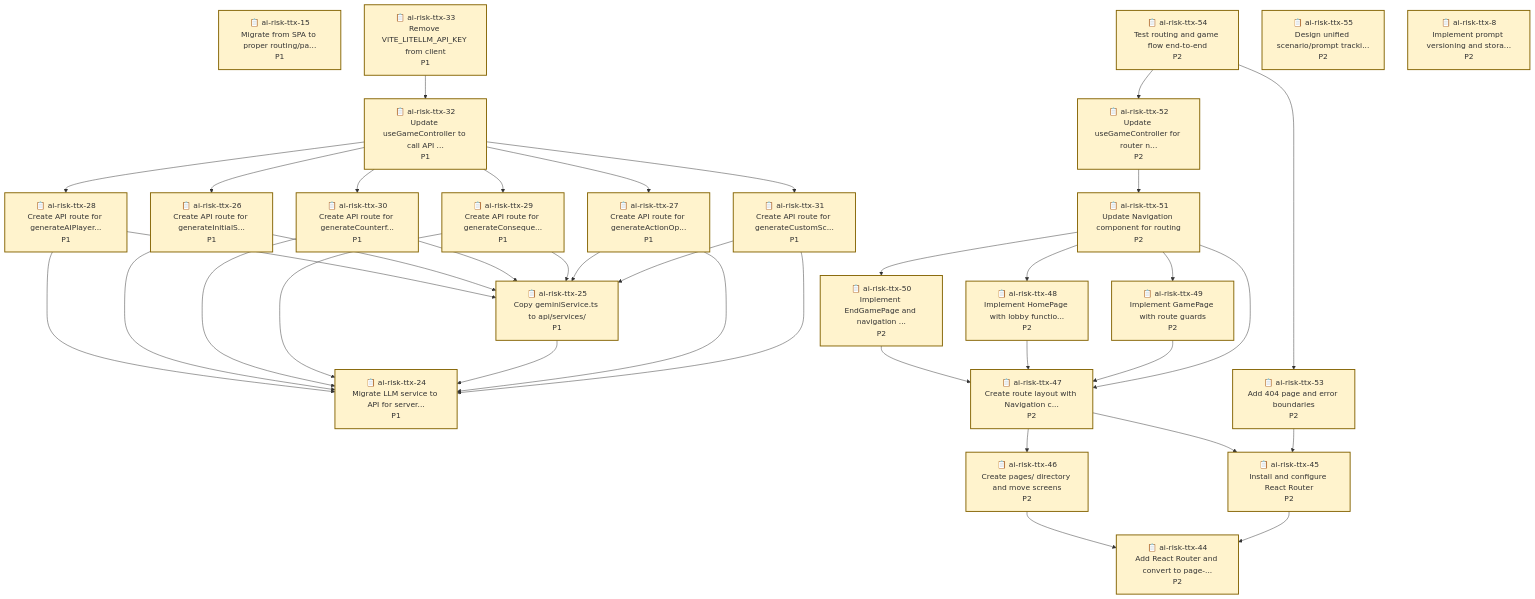
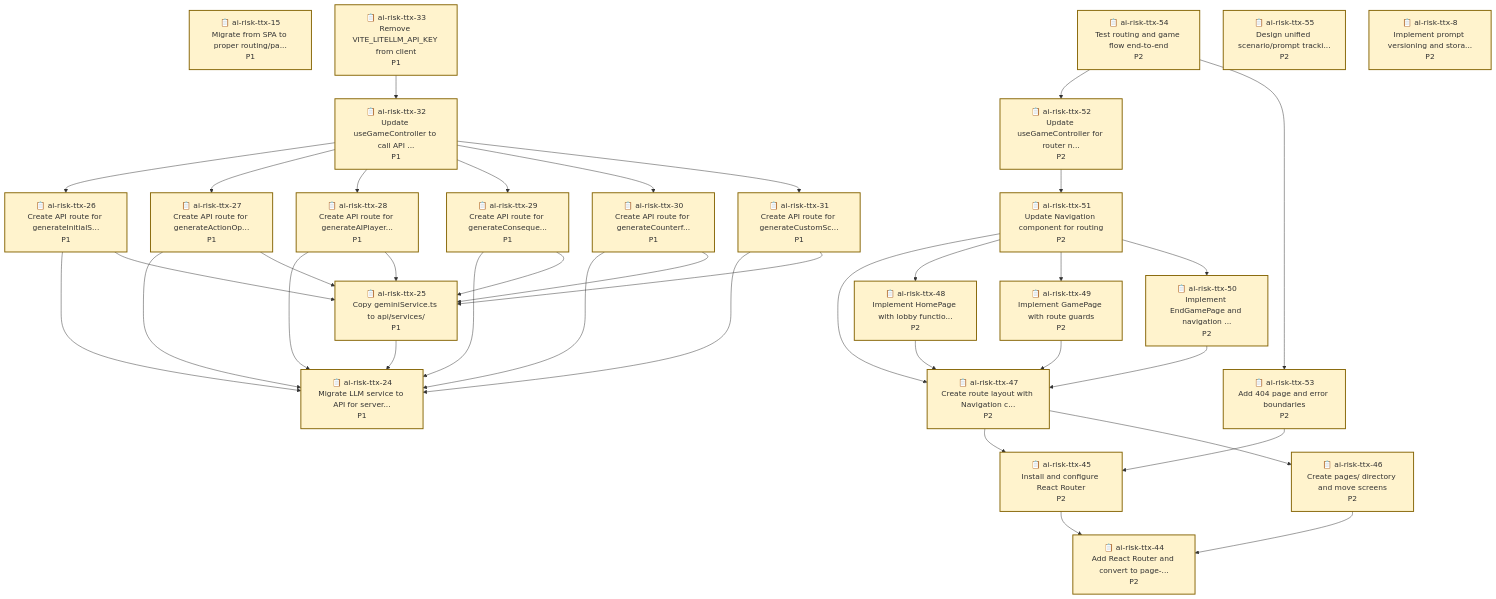
Before and after one commit to bhi5hmaraj/ai-risk-ttx: the diagram in README.md, drawn with Mermaid. The commit also changed other lines of this file and 3 other files, not shown here.

````diff
--- a/README.md
+++ b/README.md
@@ -298,39 +298,39 @@
     ai-risk-ttx-8["📋 ai-risk-ttx-8<br/>Implement prompt versioning and stora...<br/>P2"]
     style ai-risk-ttx-8 fill:#fff3cd,stroke:#856404,stroke-width:2px
 
+    ai-risk-ttx-52 --> ai-risk-ttx-51
+    ai-risk-ttx-54 --> ai-risk-ttx-52
+    ai-risk-ttx-54 --> ai-risk-ttx-53
     ai-risk-ttx-50 --> ai-risk-ttx-47
-    ai-risk-ttx-28 --> ai-risk-ttx-24
-    ai-risk-ttx-28 --> ai-risk-ttx-25
     ai-risk-ttx-33 --> ai-risk-ttx-32
-    ai-risk-ttx-48 --> ai-risk-ttx-47
-    ai-risk-ttx-46 --> ai-risk-ttx-44
+    ai-risk-ttx-25 --> ai-risk-ttx-24
     ai-risk-ttx-26 --> ai-risk-ttx-24
     ai-risk-ttx-26 --> ai-risk-ttx-25
-    ai-risk-ttx-45 --> ai-risk-ttx-44
-    ai-risk-ttx-30 --> ai-risk-ttx-24
-    ai-risk-ttx-30 --> ai-risk-ttx-25
-    ai-risk-ttx-47 --> ai-risk-ttx-45
-    ai-risk-ttx-47 --> ai-risk-ttx-46
-    ai-risk-ttx-53 --> ai-risk-ttx-45
-    ai-risk-ttx-54 --> ai-risk-ttx-52
-    ai-risk-ttx-54 --> ai-risk-ttx-53
-    ai-risk-ttx-29 --> ai-risk-ttx-24
-    ai-risk-ttx-29 --> ai-risk-ttx-25
-    ai-risk-ttx-25 --> ai-risk-ttx-24
-    ai-risk-ttx-49 --> ai-risk-ttx-47
-    ai-risk-ttx-27 --> ai-risk-ttx-24
-    ai-risk-ttx-27 --> ai-risk-ttx-25
+    ai-risk-ttx-31 --> ai-risk-ttx-24
+    ai-risk-ttx-31 --> ai-risk-ttx-25
     ai-risk-ttx-32 --> ai-risk-ttx-26
     ai-risk-ttx-32 --> ai-risk-ttx-27
     ai-risk-ttx-32 --> ai-risk-ttx-28
     ai-risk-ttx-32 --> ai-risk-ttx-29
     ai-risk-ttx-32 --> ai-risk-ttx-30
     ai-risk-ttx-32 --> ai-risk-ttx-31
-    ai-risk-ttx-52 --> ai-risk-ttx-51
+    ai-risk-ttx-49 --> ai-risk-ttx-47
+    ai-risk-ttx-30 --> ai-risk-ttx-24
+    ai-risk-ttx-30 --> ai-risk-ttx-25
+    ai-risk-ttx-27 --> ai-risk-ttx-24
+    ai-risk-ttx-27 --> ai-risk-ttx-25
+    ai-risk-ttx-47 --> ai-risk-ttx-45
+    ai-risk-ttx-47 --> ai-risk-ttx-46
+    ai-risk-ttx-48 --> ai-risk-ttx-47
+    ai-risk-ttx-28 --> ai-risk-ttx-24
+    ai-risk-ttx-28 --> ai-risk-ttx-25
+    ai-risk-ttx-29 --> ai-risk-ttx-24
+    ai-risk-ttx-29 --> ai-risk-ttx-25
+    ai-risk-ttx-46 --> ai-risk-ttx-44
     ai-risk-ttx-51 --> ai-risk-ttx-47
     ai-risk-ttx-51 --> ai-risk-ttx-48
     ai-risk-ttx-51 --> ai-risk-ttx-49
     ai-risk-ttx-51 --> ai-risk-ttx-50
-    ai-risk-ttx-31 --> ai-risk-ttx-24
-    ai-risk-ttx-31 --> ai-risk-ttx-25
+    ai-risk-ttx-53 --> ai-risk-ttx-45
+    ai-risk-ttx-45 --> ai-risk-ttx-44
 ```
````
